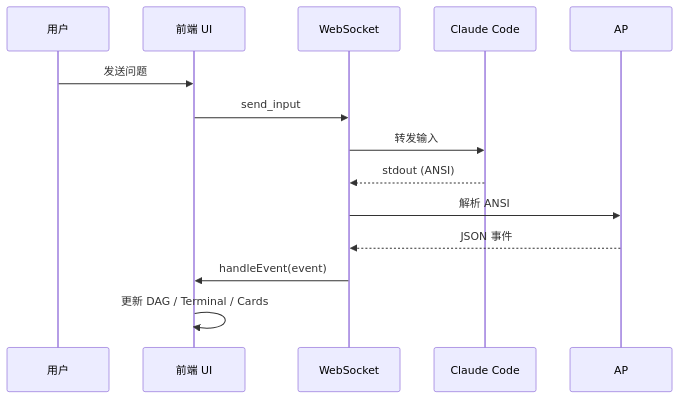
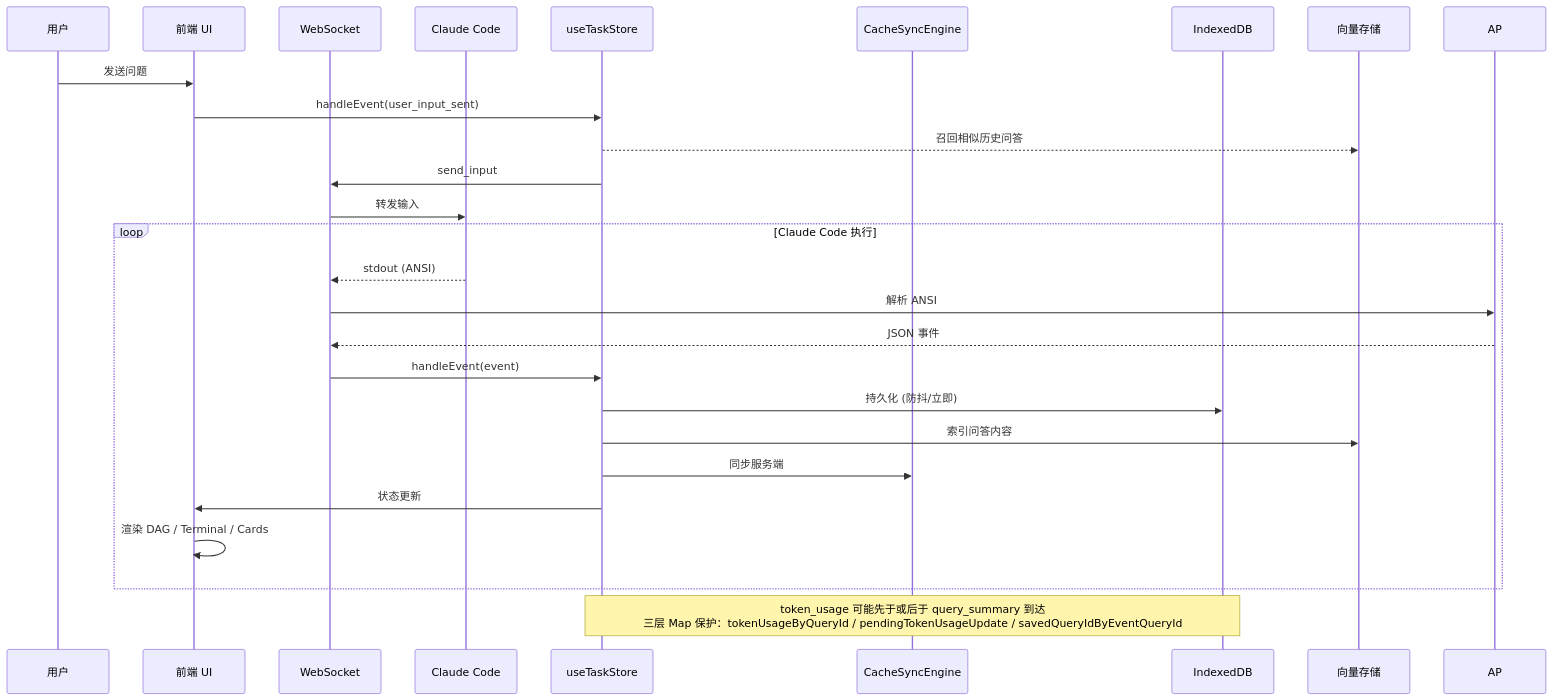
Before and after one commit to ogj130/claude-code-dag-web-ui: the second of 5 diagrams in README.md, drawn with Mermaid. The commit also changed other lines of this file, not shown here.

First line of the commit message:
docs: update README with new features and improved architecture diagrams

````diff
--- a/README.md
+++ b/README.md
@@ -183,16 +205,31 @@
 ```mermaid
 sequenceDiagram
     participant User as 用户
     participant UI as 前端 UI
     participant WS as WebSocket
     participant CC as Claude Code
+    participant Store as useTaskStore
+    participant Cache as CacheSyncEngine
+    participant IDB as IndexedDB
+    participant RAG as 向量存储
 
     User->>UI: 发送问题
-    UI->>WS: send_input
+    UI->>Store: handleEvent(user_input_sent)
+    Store-->>RAG: 召回相似历史问答
+    Store->>WS: send_input
     WS->>CC: 转发输入
-    CC-->>WS: stdout (ANSI)
-    WS->>AP: 解析 ANSI
-    AP-->>WS: JSON 事件
-    WS->>UI: handleEvent(event)
-    UI->>UI: 更新 DAG / Terminal / Cards
+
+    loop Claude Code 执行
+        CC-->>WS: stdout (ANSI)
+        WS->>AP: 解析 ANSI
+        AP-->>WS: JSON 事件
+        WS->>Store: handleEvent(event)
+        Store->>IDB: 持久化 (防抖/立即)
+        Store->>RAG: 索引问答内容
+        Store->>Cache: 同步服务端
+        Store->>UI: 状态更新
+        UI->>UI: 渲染 DAG / Terminal / Cards
+    end
+
+    Note over Store,IDB: token_usage 可能先于或后于 query_summary 到达<br/>三层 Map 保护：tokenUsageByQueryId / pendingTokenUsageUpdate / savedQueryIdByEventQueryId
 ```
````
